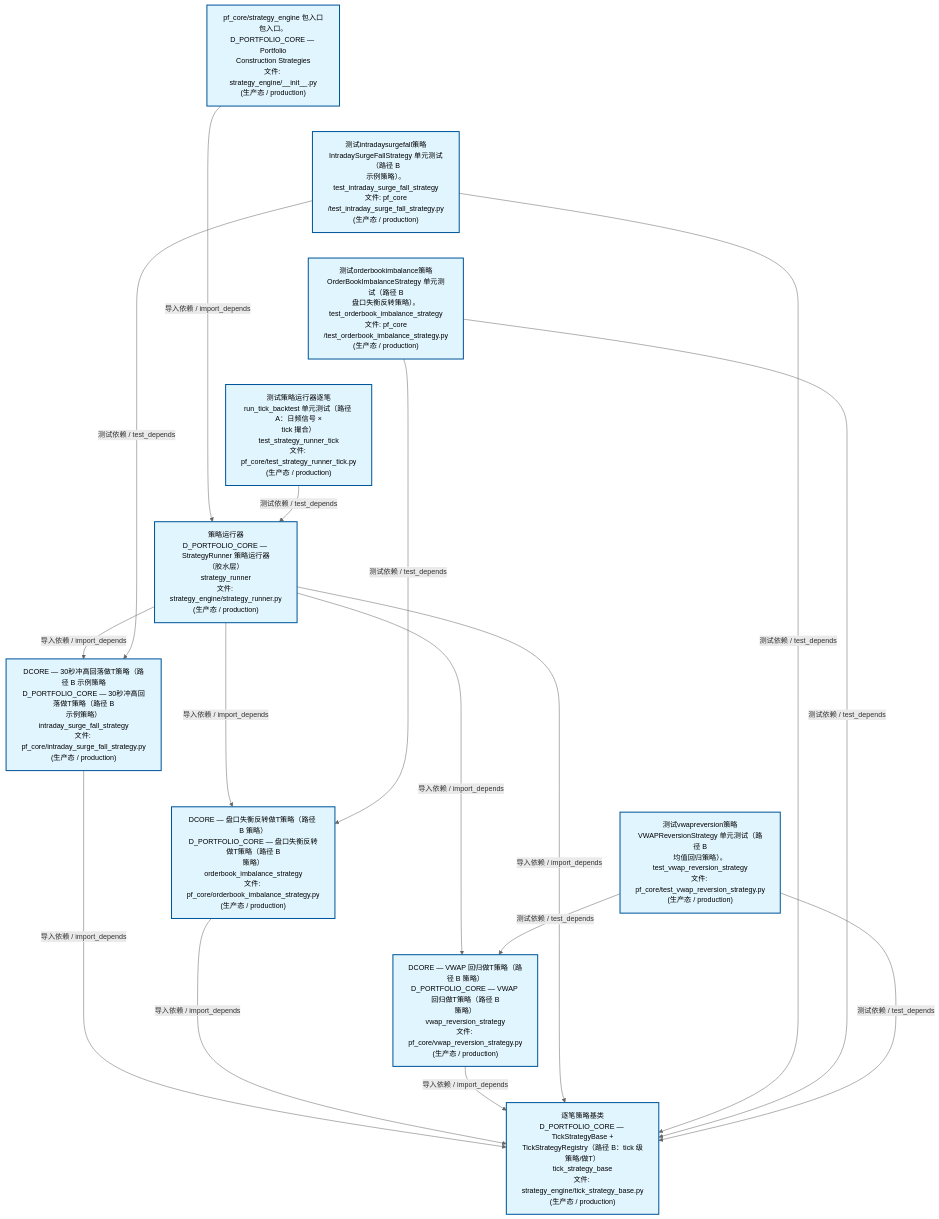
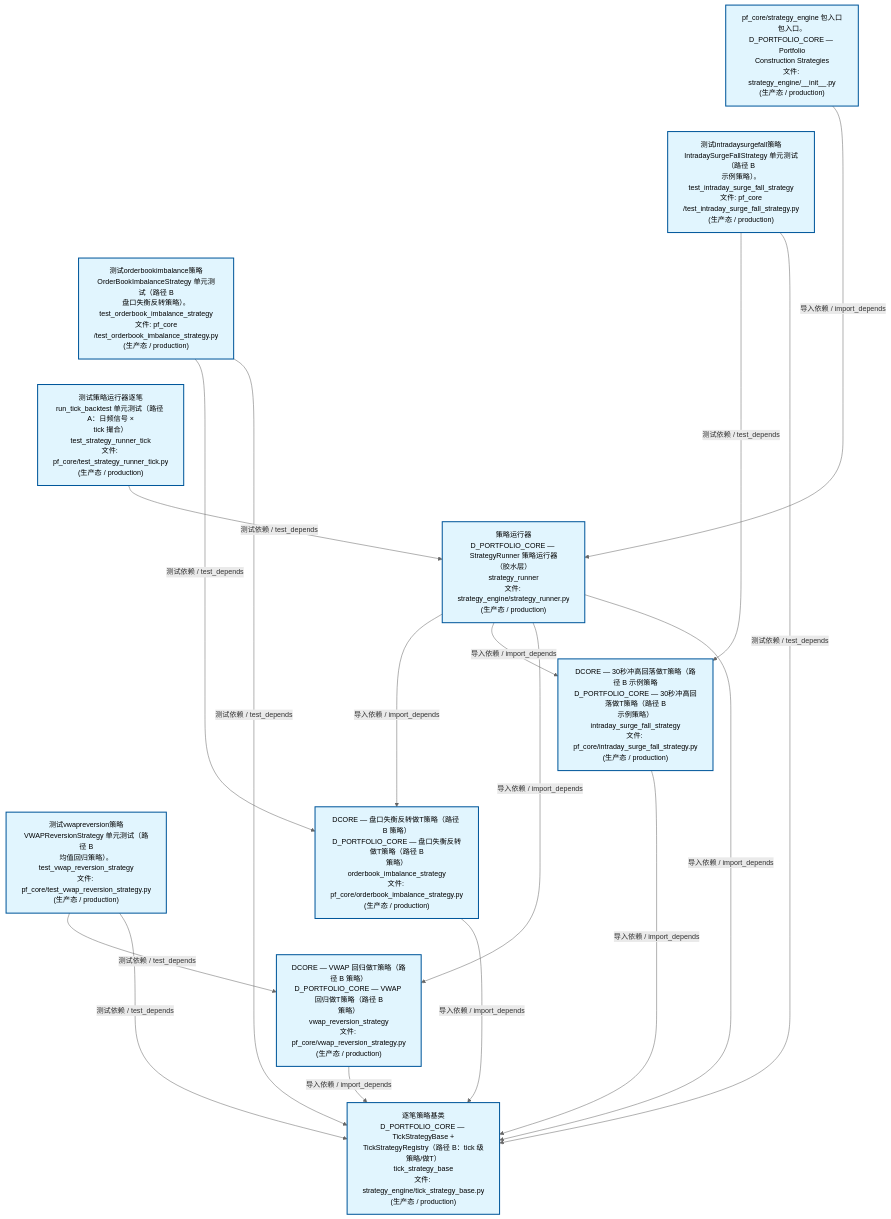
Before and after one commit to xuanFelixVan/ZephyrAlpha: the second of 4 diagrams in docs/02_enterprise_architecture/02_domain_architecture_docs/63_d_pf_core.md, drawn with Mermaid. The commit also changed other lines of this file and 44 other files, not shown here.

````diff
--- a/docs/02_enterprise_architecture/02_domain_architecture_docs/63_d_pf_core.md
+++ b/docs/02_enterprise_architecture/02_domain_architecture_docs/63_d_pf_core.md
@@ -135,40 +135,40 @@
 ```mermaid
 %%{init: {'theme': 'base', 'themeVariables': {'primaryColor': '#eaeaea', 'primaryTextColor': '#333333', 'primaryBorderColor': '#666666', 'lineColor': '#666666', 'secondaryColor': '#eaeaea', 'tertiaryColor': '#eaeaea', 'fontSize': '14px'}}}%%
 flowchart TD
     src_zephyr_pf_core_strategy_engine_init_py["pf_core/strategy_engine 包入口<br/>包入口。D_PORTFOLIO_CORE — Portfolio<br/>Construction Strategies<br/>文件: strategy_engine/__init__.py<br/>(生产态 / production)"]
     tests_pf_core_test_intraday_surge_fall_strategy_py["测试intradaysurgefall策略<br/>IntradaySurgeFallStrategy 单元测试（路径 B<br/>示例策略）。<br/>test_intraday_surge_fall_strategy<br/>文件: pf_core<br/>/test_intraday_surge_fall_strategy.py<br/>(生产态 / production)"]
     tests_pf_core_test_orderbook_imbalance_strategy_py["测试orderbookimbalance策略<br/>OrderBookImbalanceStrategy 单元测试（路径 B<br/>盘口失衡反转策略）。<br/>test_orderbook_imbalance_strategy<br/>文件: pf_core<br/>/test_orderbook_imbalance_strategy.py<br/>(生产态 / production)"]
     tests_pf_core_test_strategy_runner_tick_py["测试策略运行器逐笔<br/>run_tick_backtest 单元测试（路径 A：日频信号 ×<br/>tick 撮合）<br/>test_strategy_runner_tick<br/>文件: pf_core/test_strategy_runner_tick.py<br/>(生产态 / production)"]
     tests_pf_core_test_vwap_reversion_strategy_py["测试vwapreversion策略<br/>VWAPReversionStrategy 单元测试（路径 B<br/>均值回归策略）。<br/>test_vwap_reversion_strategy<br/>文件: pf_core/test_vwap_reversion_strategy.py<br/>(生产态 / production)"]
     src_zephyr_pf_core_strategy_engine_init_py ~~~ tests_pf_core_test_intraday_surge_fall_strategy_py
     tests_pf_core_test_intraday_surge_fall_strategy_py ~~~ tests_pf_core_test_orderbook_imbalance_strategy_py
     tests_pf_core_test_orderbook_imbalance_strategy_py ~~~ tests_pf_core_test_strategy_runner_tick_py
     tests_pf_core_test_strategy_runner_tick_py ~~~ tests_pf_core_test_vwap_reversion_strategy_py
     src_zephyr_pf_core_strategy_engine_strategy_runner_py["策略运行器<br/>D_PORTFOLIO_CORE — StrategyRunner 策略运行器<br/>（胶水层）<br/>strategy_runner<br/>文件: strategy_engine/strategy_runner.py<br/>(生产态 / production)"]
     src_zephyr_pf_core_intraday_surge_fall_strategy_py["DCORE — 30秒冲高回落做T策略（路径 B 示例策略<br/>D_PORTFOLIO_CORE — 30秒冲高回落做T策略（路径 B<br/>示例策略）<br/>intraday_surge_fall_strategy<br/>文件: pf_core/intraday_surge_fall_strategy.py<br/>(生产态 / production)"]
     src_zephyr_pf_core_orderbook_imbalance_strategy_py["DCORE — 盘口失衡反转做T策略（路径 B 策略）<br/>D_PORTFOLIO_CORE — 盘口失衡反转做T策略（路径 B<br/>策略）<br/>orderbook_imbalance_strategy<br/>文件: pf_core/orderbook_imbalance_strategy.py<br/>(生产态 / production)"]
     src_zephyr_pf_core_vwap_reversion_strategy_py["DCORE — VWAP 回归做T策略（路径 B 策略）<br/>D_PORTFOLIO_CORE — VWAP 回归做T策略（路径 B<br/>策略）<br/>vwap_reversion_strategy<br/>文件: pf_core/vwap_reversion_strategy.py<br/>(生产态 / production)"]
     src_zephyr_pf_core_intraday_surge_fall_strategy_py ~~~ src_zephyr_pf_core_orderbook_imbalance_strategy_py
     src_zephyr_pf_core_orderbook_imbalance_strategy_py ~~~ src_zephyr_pf_core_vwap_reversion_strategy_py
     src_zephyr_pf_core_strategy_engine_tick_strategy_base_py["逐笔策略基类<br/>D_PORTFOLIO_CORE — TickStrategyBase +<br/>TickStrategyRegistry（路径 B：tick 级策略/做T）<br/>tick_strategy_base<br/>文件: strategy_engine/tick_strategy_base.py<br/>(生产态 / production)"]
+    src_zephyr_pf_core_orderbook_imbalance_strategy_py -->|导入依赖 / import_depends| src_zephyr_pf_core_strategy_engine_tick_strategy_base_py
     src_zephyr_pf_core_intraday_surge_fall_strategy_py -->|导入依赖 / import_depends| src_zephyr_pf_core_strategy_engine_tick_strategy_base_py
-    src_zephyr_pf_core_orderbook_imbalance_strategy_py -->|导入依赖 / import_depends| src_zephyr_pf_core_strategy_engine_tick_strategy_base_py
     src_zephyr_pf_core_vwap_reversion_strategy_py -->|导入依赖 / import_depends| src_zephyr_pf_core_strategy_engine_tick_strategy_base_py
+    src_zephyr_pf_core_strategy_engine_strategy_runner_py -->|导入依赖 / import_depends| src_zephyr_pf_core_orderbook_imbalance_strategy_py
     src_zephyr_pf_core_strategy_engine_strategy_runner_py -->|导入依赖 / import_depends| src_zephyr_pf_core_intraday_surge_fall_strategy_py
-    src_zephyr_pf_core_strategy_engine_strategy_runner_py -->|导入依赖 / import_depends| src_zephyr_pf_core_orderbook_imbalance_strategy_py
     src_zephyr_pf_core_strategy_engine_strategy_runner_py -->|导入依赖 / import_depends| src_zephyr_pf_core_vwap_reversion_strategy_py
     src_zephyr_pf_core_strategy_engine_strategy_runner_py -->|导入依赖 / import_depends| src_zephyr_pf_core_strategy_engine_tick_strategy_base_py
     src_zephyr_pf_core_strategy_engine_init_py -->|导入依赖 / import_depends| src_zephyr_pf_core_strategy_engine_strategy_runner_py
+    tests_pf_core_test_orderbook_imbalance_strategy_py -->|测试依赖 / test_depends| src_zephyr_pf_core_orderbook_imbalance_strategy_py
+    tests_pf_core_test_orderbook_imbalance_strategy_py -->|测试依赖 / test_depends| src_zephyr_pf_core_strategy_engine_tick_strategy_base_py
     tests_pf_core_test_intraday_surge_fall_strategy_py -->|测试依赖 / test_depends| src_zephyr_pf_core_intraday_surge_fall_strategy_py
     tests_pf_core_test_intraday_surge_fall_strategy_py -->|测试依赖 / test_depends| src_zephyr_pf_core_strategy_engine_tick_strategy_base_py
-    tests_pf_core_test_orderbook_imbalance_strategy_py -->|测试依赖 / test_depends| src_zephyr_pf_core_orderbook_imbalance_strategy_py
-    tests_pf_core_test_orderbook_imbalance_strategy_py -->|测试依赖 / test_depends| src_zephyr_pf_core_strategy_engine_tick_strategy_base_py
     tests_pf_core_test_strategy_runner_tick_py -->|测试依赖 / test_depends| src_zephyr_pf_core_strategy_engine_strategy_runner_py
     tests_pf_core_test_vwap_reversion_strategy_py -->|测试依赖 / test_depends| src_zephyr_pf_core_vwap_reversion_strategy_py
     tests_pf_core_test_vwap_reversion_strategy_py -->|测试依赖 / test_depends| src_zephyr_pf_core_strategy_engine_tick_strategy_base_py
     classDef production fill:#e1f5fe,stroke:#01579b,stroke-width:2px,color:#000
     classDef design fill:#fff3e0,stroke:#e65100,stroke-width:2px,color:#000,stroke-dasharray: 5 5
     classDef external_prod fill:#e8f4fd,stroke:#0277bd,stroke-width:1px,color:#000
     classDef external_design fill:#fff8e7,stroke:#ef6c00,stroke-width:1px,color:#000,stroke-dasharray: 5 5
     class src_zephyr_pf_core_intraday_surge_fall_strategy_py,src_zephyr_pf_core_orderbook_imbalance_strategy_py,src_zephyr_pf_core_strategy_engine_init_py,src_zephyr_pf_core_strategy_engine_strategy_runner_py,src_zephyr_pf_core_strategy_engine_tick_strategy_base_py,src_zephyr_pf_core_vwap_reversion_strategy_py,tests_pf_core_test_intraday_surge_fall_strategy_py,tests_pf_core_test_orderbook_imbalance_strategy_py,tests_pf_core_test_strategy_runner_tick_py,tests_pf_core_test_vwap_reversion_strategy_py production
 ```
````
